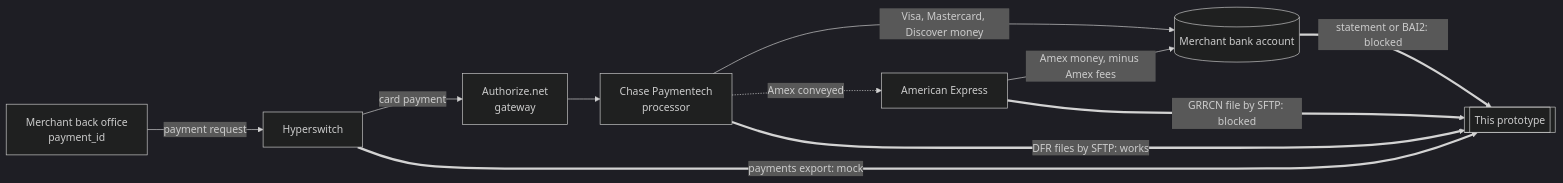
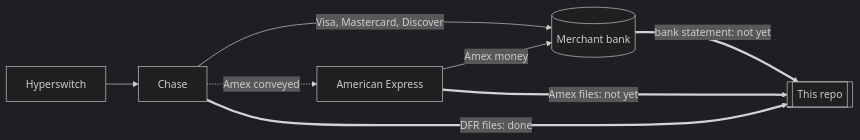
Before and after one commit to 0xyush/chase-settlement-recon: the second of 2 diagrams in README.md, drawn with Mermaid (dark theme). The commit also changed other lines of this file and 8 other files, not shown here.

````diff
--- a/README.md
+++ b/README.md
@@ -34,14 +25,10 @@
 ```mermaid
 flowchart LR
-    QH["Merchant back office<br/>payment_id"] -->|payment request| HS["Hyperswitch"]
-    HS -->|card payment| AN["Authorize.net<br/>gateway"]
-    AN --> CH["Chase Paymentech<br/>processor"]
-    CH -->|"Visa, Mastercard, Discover money"| BANK[("Merchant bank account")]
+    HS["Hyperswitch"] --> CH["Chase"]
+    CH -->|"Visa, Mastercard, Discover"| BANK[("Merchant bank")]
     CH -.->|"Amex conveyed"| AX["American Express"]
-    AX -->|"Amex money, minus Amex fees"| BANK
-
-    CH ==>|"DFR files by SFTP: works"| ENG[["This prototype"]]
-    AX ==>|"GRRCN file by SFTP: blocked"| ENG
-    BANK ==>|"statement or BAI2: blocked"| ENG
-    HS ==>|"payments export: mock"| ENG
+    AX -->|"Amex money"| BANK
+    CH ==>|"DFR files: done"| R[["This repo"]]
+    AX ==>|"Amex files: not yet"| R
+    BANK ==>|"bank statement: not yet"| R
 ```
````
